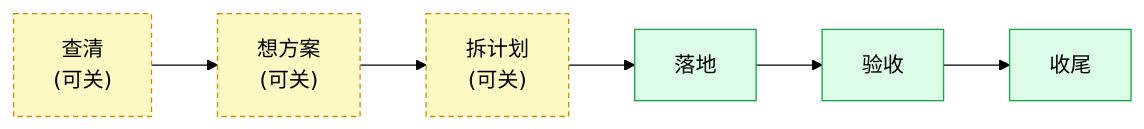
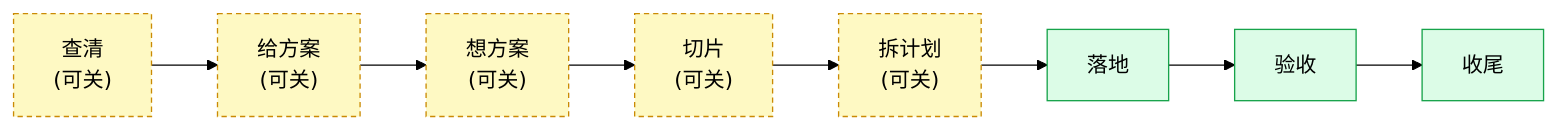
Before and after one commit to chancheuklap/multi-model-workflow: the seventh of 10 diagrams in docs/plugin2/OVERVIEW.md, drawn with Mermaid (forest theme). The commit also changed other lines of this file and 9 other files, not shown here.

First line of the commit message:
feat(flow): to-issue 独立成阶段,①设计审之后再切片(照 PDF 对齐)

````diff
--- a/docs/plugin2/OVERVIEW.md
+++ b/docs/plugin2/OVERVIEW.md
@@ -362,6 +365,6 @@
 ```mermaid
 flowchart LR
-    I["查清<br/>(可关)"]:::opt --> D["想方案<br/>(可关)"]:::opt --> P["拆计划<br/>(可关)"]:::opt --> B["落地"]:::core --> V["验收"]:::core --> C["收尾"]:::core
+    I["查清<br/>(可关)"]:::opt --> PR["给方案<br/>(可关)"]:::opt --> D["想方案<br/>(可关)"]:::opt --> TI["切片<br/>(可关)"]:::opt --> P["拆计划<br/>(可关)"]:::opt --> B["落地"]:::core --> V["验收"]:::core --> C["收尾"]:::core
     classDef opt fill:#fef9c3,stroke:#ca8a04,stroke-dasharray:4 3
     classDef core fill:#dcfce7,stroke:#16a34a
 ```
````
